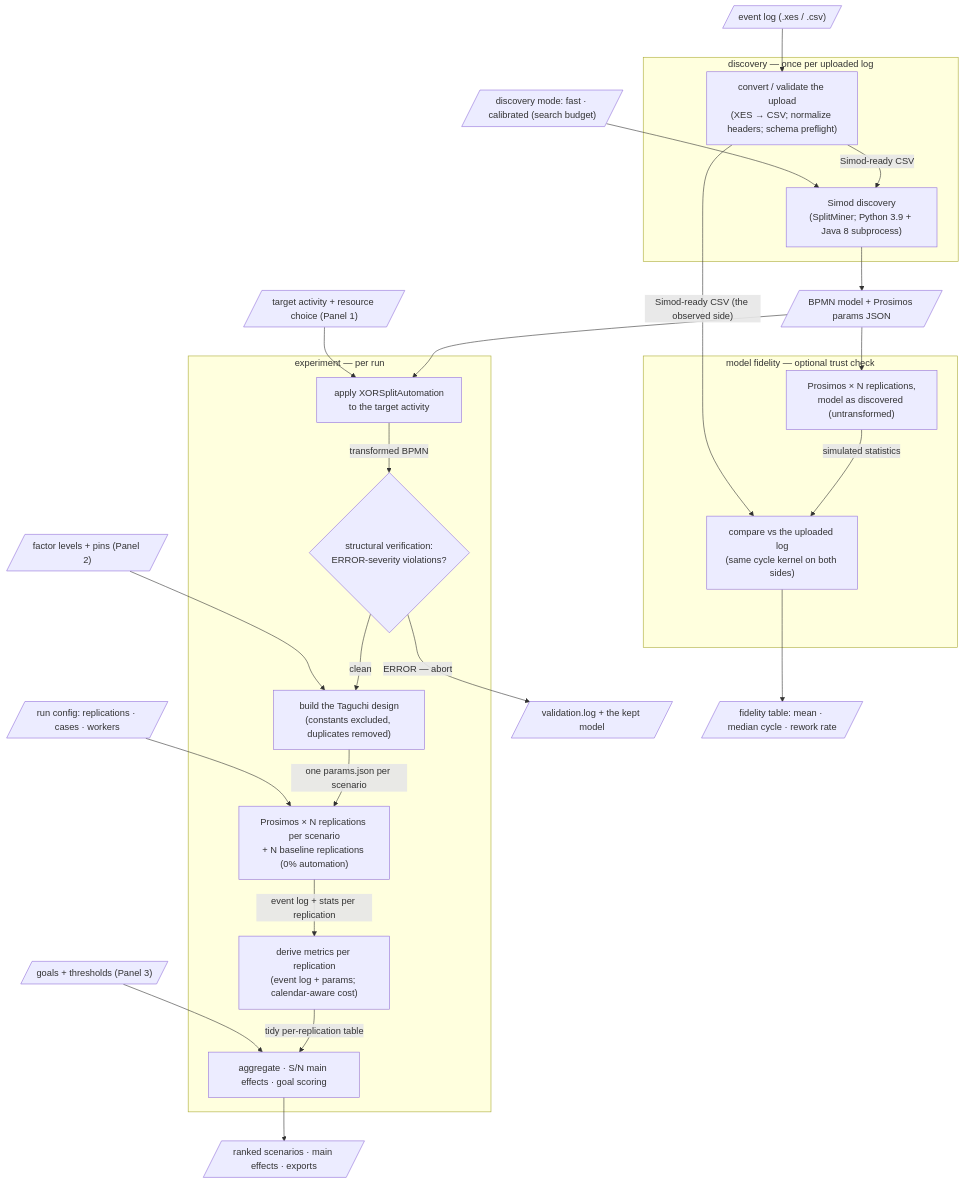
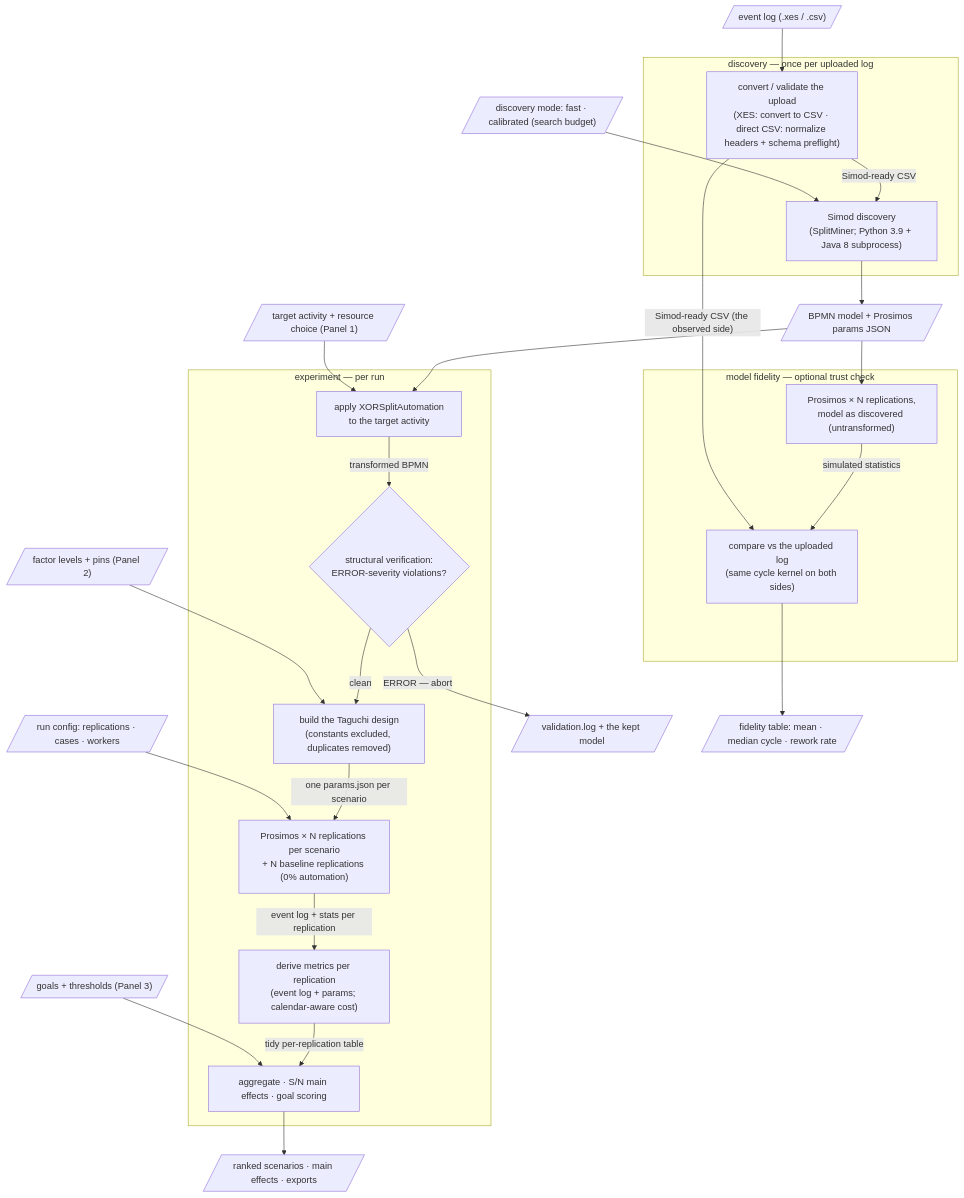
The diagram in docs/architecture.md (ProcessMining-uOttawa/PMM4RPAAI-Sim), drawn with Mermaid before and after one commit. The commit also changed other lines of this file, not shown here.

First line of the commit message:
docs: scope the upload failure-mode claims in the architecture doc

````diff
--- a/docs/architecture.md
+++ b/docs/architecture.md
@@ -25,44 +25,44 @@
 ```mermaid
 flowchart TD
     subgraph discovery ["discovery — once per uploaded log"]
-        convert["convert / validate the upload<br/>(XES → CSV; normalize headers; schema preflight)"]
+        convert["convert / validate the upload<br/>(XES: convert to CSV · direct CSV: normalize headers + schema preflight)"]
         simod["Simod discovery<br/>(SplitMiner; Python 3.9 + Java 8 subprocess)"]
         convert -- "Simod-ready CSV" --> simod
     end
 
     upload[/"event log (.xes / .csv)"/] --> convert
     mode[/"discovery mode: fast · calibrated (search budget)"/] --> simod
     simod --> model[/"BPMN model + Prosimos params JSON"/]
 
     subgraph experiment ["experiment — per run"]
         apply["apply XORSplitAutomation<br/>to the target activity"]
         gate{"structural verification:<br/>ERROR-severity violations?"}
         design["build the Taguchi design<br/>(constants excluded, duplicates removed)"]
         sim["Prosimos × N replications per scenario<br/>+ N baseline replications (0% automation)"]
         derive["derive metrics per replication<br/>(event log + params; calendar-aware cost)"]
         rank["aggregate · S/N main effects · goal scoring"]
         apply -- "transformed BPMN" --> gate
         gate -- "clean" --> design
         design -- "one params.json per scenario" --> sim
         sim -- "event log + stats per replication" --> derive
         derive -- "tidy per-replication table" --> rank
     end
 
     model --> apply
     target[/"target activity + resource choice (Panel 1)"/] --> apply
     levels[/"factor levels + pins (Panel 2)"/] --> design
     goals[/"goals + thresholds (Panel 3)"/] --> rank
     runcfg[/"run config: replications · cases · workers"/] --> sim
     gate -- "ERROR — abort" --> vlog[/"validation.log + the kept model"/]
     rank --> results[/"ranked scenarios · main effects · exports"/]
 
     subgraph fidelity ["model fidelity — optional trust check"]
         adrun["Prosimos × N replications,<br/>model as discovered (untransformed)"]
         compare["compare vs the uploaded log<br/>(same cycle kernel on both sides)"]
         adrun -- "simulated statistics" --> compare
     end
 
     model --> adrun
     convert -- "Simod-ready CSV (the observed side)" --> compare
     compare --> ftable[/"fidelity table: mean · median cycle · rework rate"/]
 ```
````
